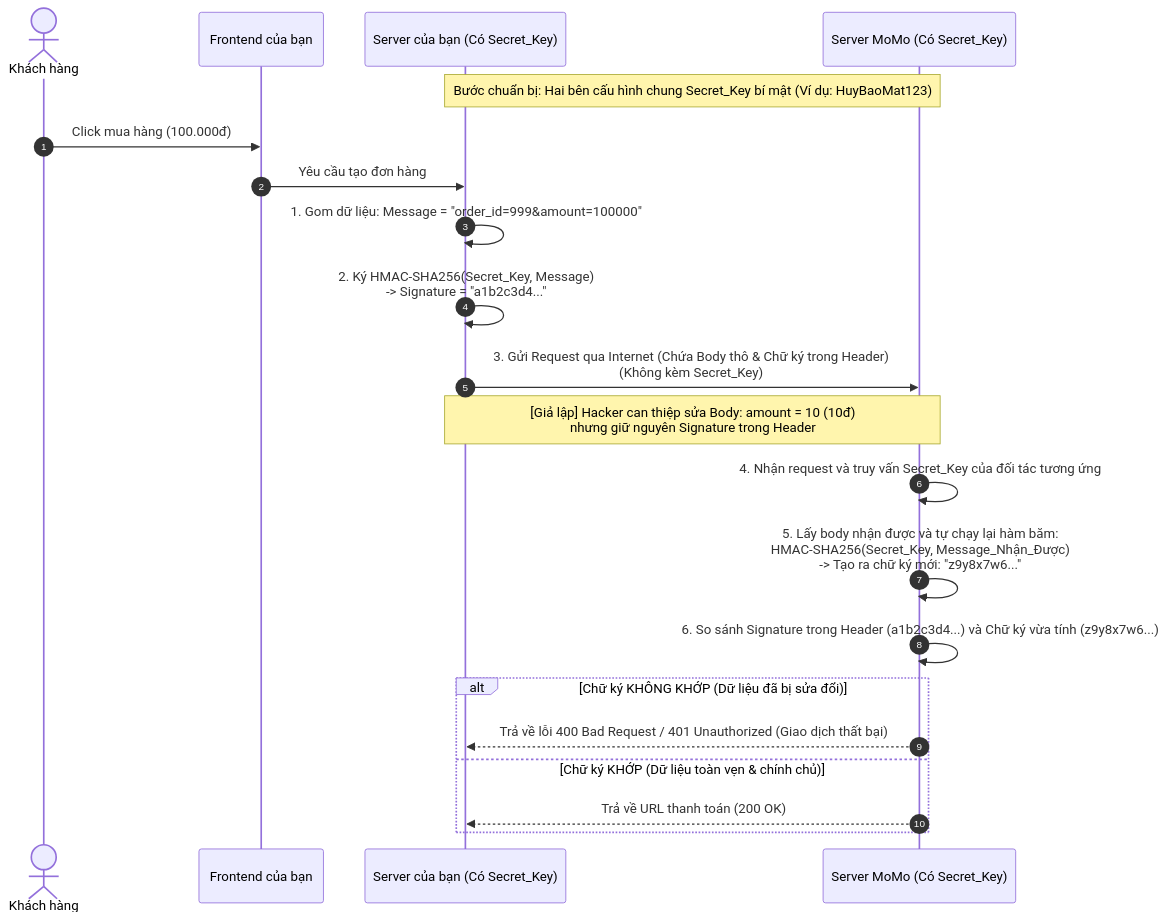
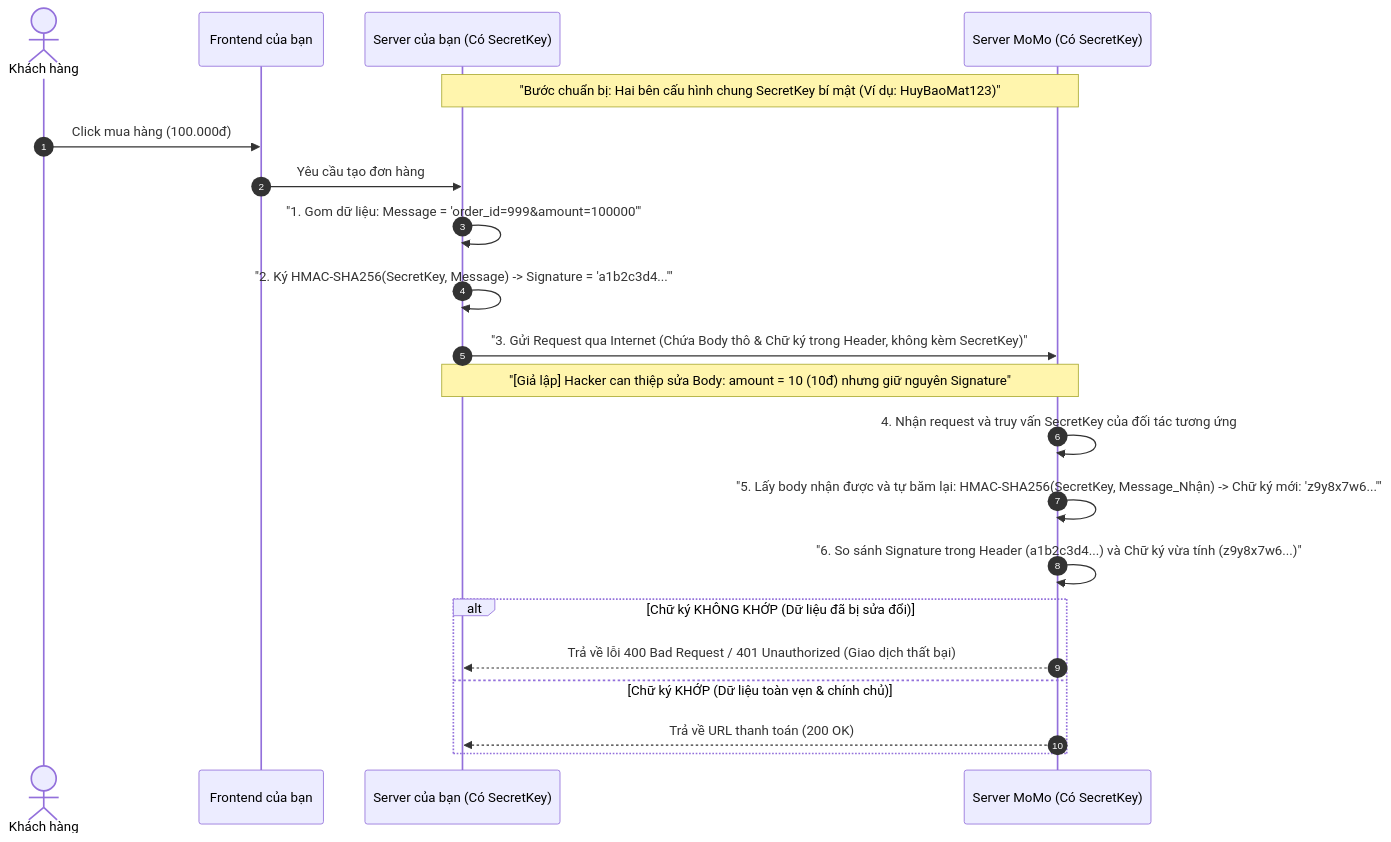
One commit to NghiaDPTWork/cs-fundamentals changed the diagram in web-development/api/api_fundamentals.md. Above: the diagram before and after it, drawn with Mermaid. The commit also changed other lines of this file, not shown here.

Commit message:
docs: fix Mermaid and Mathjax syntax errors in api_fundamentals.md

````diff
--- a/web-development/api/api_fundamentals.md
+++ b/web-development/api/api_fundamentals.md
@@ -176,24 +176,24 @@
 ```mermaid
 sequenceDiagram
     autonumber
     actor User as Khách hàng
     participant FE as Frontend của bạn
-    participant BE as Server của bạn (Có Secret_Key)
-    participant MoMo as Server MoMo (Có Secret_Key)
+    participant BE as Server của bạn (Có SecretKey)
+    participant MoMo as Server MoMo (Có SecretKey)
 
-    Note over BE, MoMo: Bước chuẩn bị: Hai bên cấu hình chung Secret_Key bí mật (Ví dụ: HuyBaoMat123)
+    Note over BE, MoMo: "Bước chuẩn bị: Hai bên cấu hình chung SecretKey bí mật (Ví dụ: HuyBaoMat123)"
     User->>FE: Click mua hàng (100.000đ)
     FE->>BE: Yêu cầu tạo đơn hàng
-    BE->>BE: 1. Gom dữ liệu: Message = "order_id=999&amount=100000"
-    BE->>BE: 2. Ký HMAC-SHA256(Secret_Key, Message)<br/>-> Signature = "a1b2c3d4..."
-    BE->>MoMo: 3. Gửi Request qua Internet (Chứa Body thô & Chữ ký trong Header)<br/>(Không kèm Secret_Key)
-    Note over BE, MoMo: [Giả lập] Hacker can thiệp sửa Body: amount = 10 (10đ)<br/>nhưng giữ nguyên Signature trong Header
-    MoMo->>MoMo: 4. Nhận request và truy vấn Secret_Key của đối tác tương ứng
-    MoMo->>MoMo: 5. Lấy body nhận được và tự chạy lại hàm băm:<br/>HMAC-SHA256(Secret_Key, Message_Nhận_Được)<br/>-> Tạo ra chữ ký mới: "z9y8x7w6..."
-    MoMo->>MoMo: 6. So sánh Signature trong Header (a1b2c3d4...) và Chữ ký vừa tính (z9y8x7w6...)
+    BE->>BE: "1. Gom dữ liệu: Message = 'order_id=999&amount=100000'"
+    BE->>BE: "2. Ký HMAC-SHA256(SecretKey, Message) -> Signature = 'a1b2c3d4...'"
+    BE->>MoMo: "3. Gửi Request qua Internet (Chứa Body thô & Chữ ký trong Header, không kèm SecretKey)"
+    Note over BE, MoMo: "[Giả lập] Hacker can thiệp sửa Body: amount = 10 (10đ) nhưng giữ nguyên Signature"
+    MoMo->>MoMo: 4. Nhận request và truy vấn SecretKey của đối tác tương ứng
+    MoMo->>MoMo: "5. Lấy body nhận được và tự băm lại: HMAC-SHA256(SecretKey, Message_Nhận) -> Chữ ký mới: 'z9y8x7w6...'"
+    MoMo->>MoMo: "6. So sánh Signature trong Header (a1b2c3d4...) và Chữ ký vừa tính (z9y8x7w6...)"
     alt Chữ ký KHÔNG KHỚP (Dữ liệu đã bị sửa đổi)
         MoMo-->>BE: Trả về lỗi 400 Bad Request / 401 Unauthorized (Giao dịch thất bại)
     else Chữ ký KHỚP (Dữ liệu toàn vẹn & chính chủ)
         MoMo-->>BE: Trả về URL thanh toán (200 OK)
     end
 ```
````
